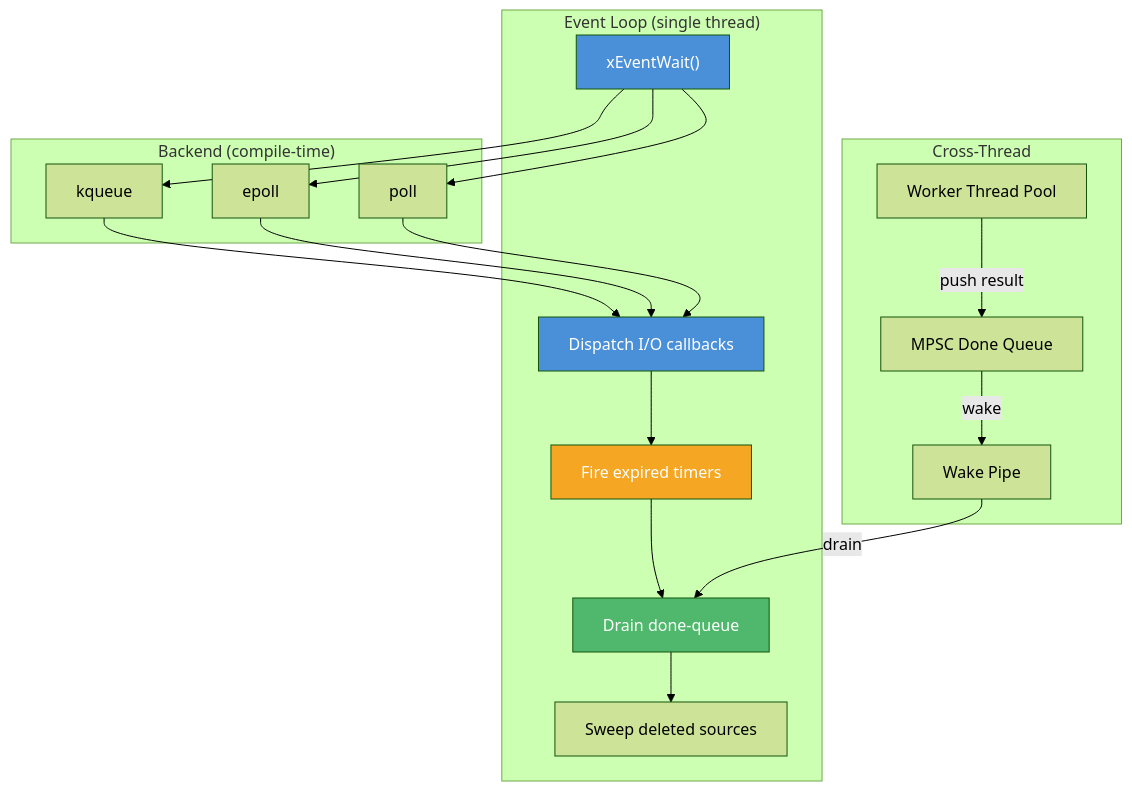
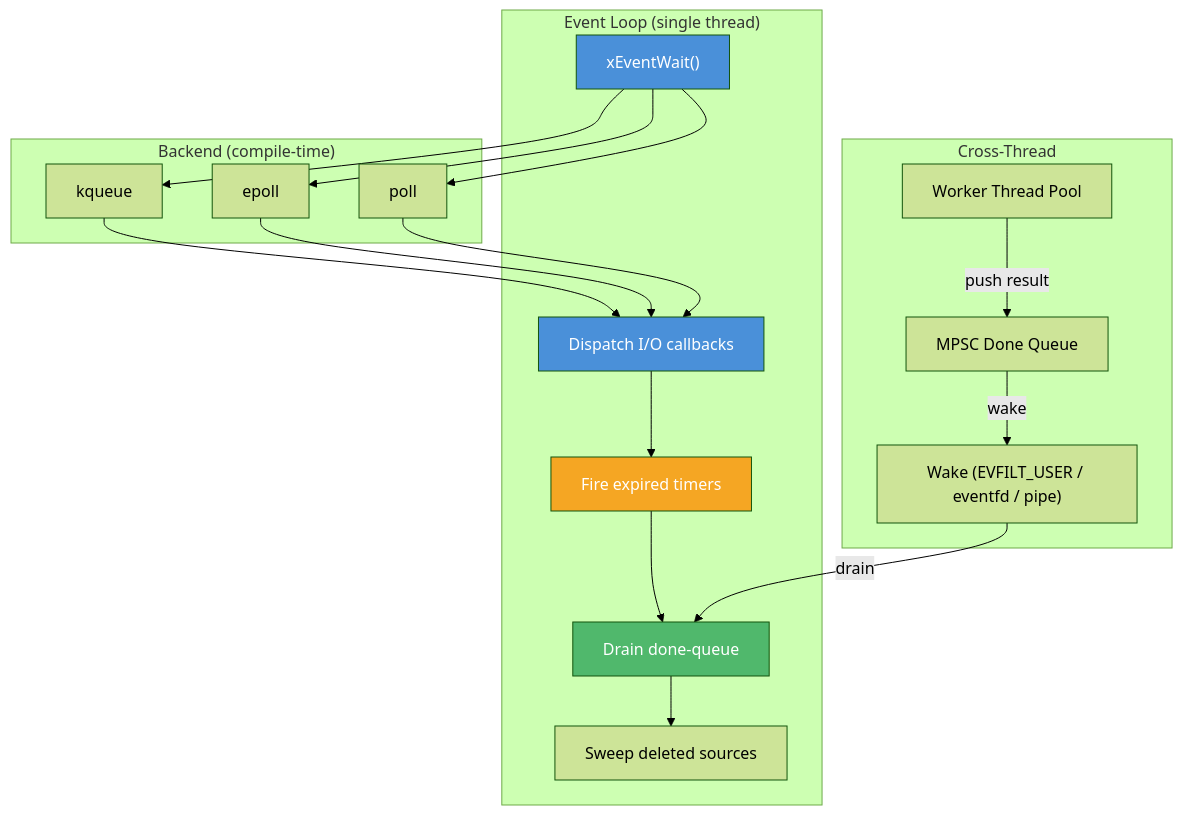
Before and after one commit to mivinci/DownloadKit: the first of 2 diagrams in docs/modules/xbase/event.md, drawn with Mermaid (forest theme). The commit also changed other lines of this file and 1 other file, not shown here.

First line of the commit message:
docs: update event loop wake mechanism description and benchmark data

````diff
--- a/docs/modules/xbase/event.md
+++ b/docs/modules/xbase/event.md
@@ -21,41 +21,41 @@
 ```mermaid
 graph TD
     subgraph "Event Loop (single thread)"
         WAIT["xEventWait()"]
         DISPATCH["Dispatch I/O callbacks"]
         TIMERS["Fire expired timers"]
         DONE["Drain done-queue"]
         SWEEP["Sweep deleted sources"]
     end
 
     subgraph "Backend (compile-time)"
         KQ["kqueue"]
         EP["epoll"]
         PO["poll"]
     end
 
     subgraph "Cross-Thread"
-        WAKE["Wake Pipe"]
+        WAKE["Wake (EVFILT_USER / eventfd / pipe)"]
         MPSC_Q["MPSC Done Queue"]
         WORKER["Worker Thread Pool"]
     end
 
     WAIT --> KQ
     WAIT --> EP
     WAIT --> PO
     KQ --> DISPATCH
     EP --> DISPATCH
     PO --> DISPATCH
     DISPATCH --> TIMERS
     TIMERS --> DONE
     DONE --> SWEEP
 
     WORKER -->|"push result"| MPSC_Q
     MPSC_Q -->|"wake"| WAKE
     WAKE -->|"drain"| DONE
 
     style WAIT fill:#4a90d9,color:#fff
     style DISPATCH fill:#4a90d9,color:#fff
     style TIMERS fill:#f5a623,color:#fff
     style DONE fill:#50b86c,color:#fff
 ```
````
